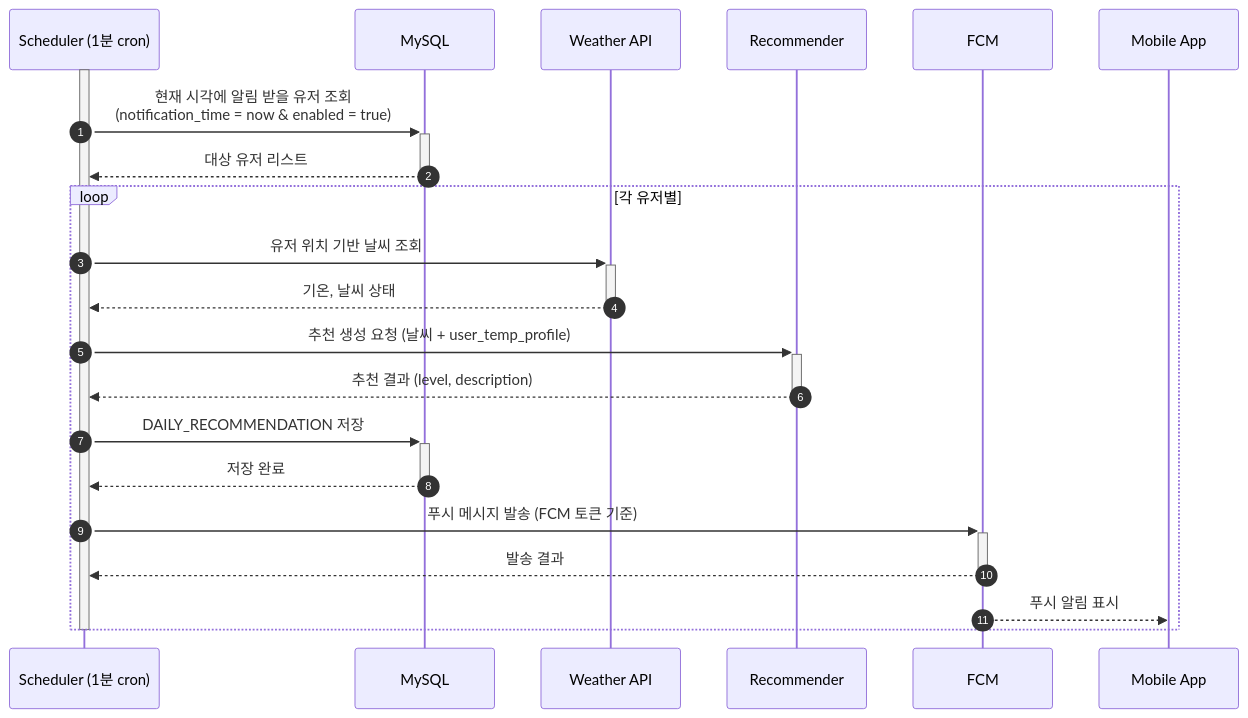
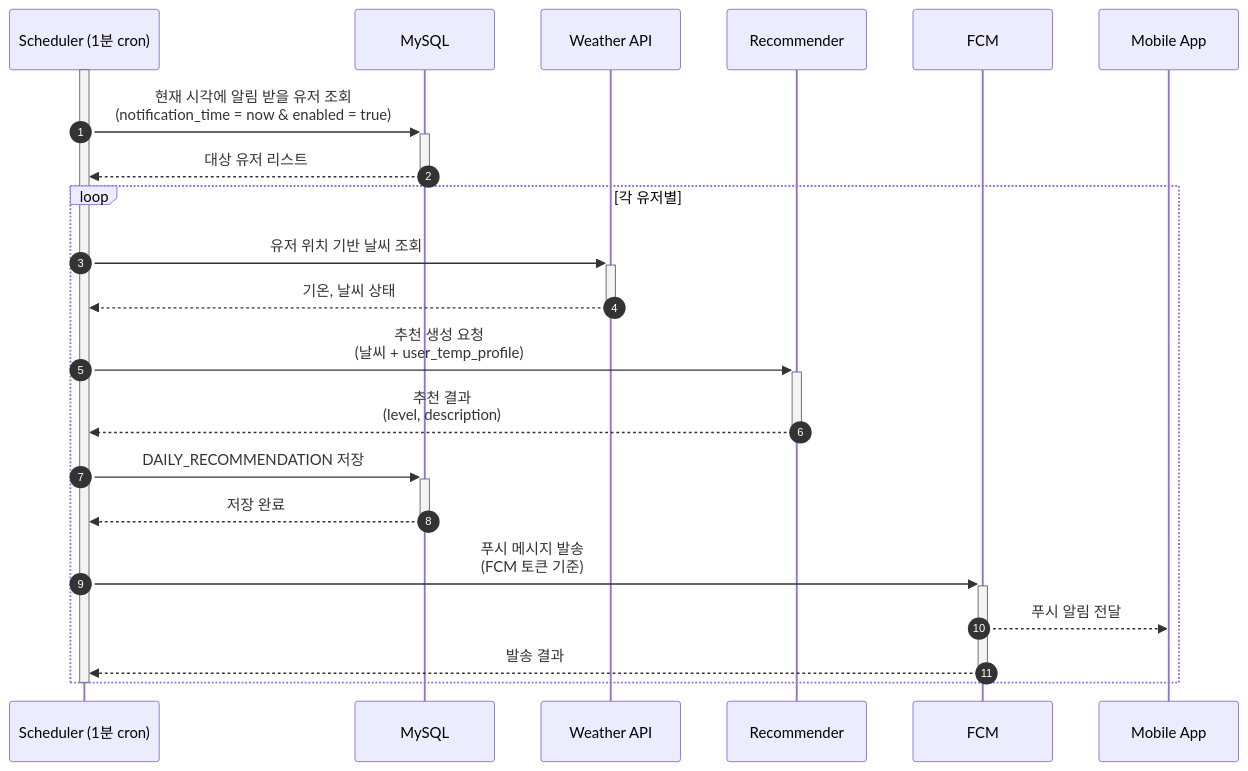
The first of 4 diagrams in docs/05-sequence-diagrams.md (najang/OMO), drawn with Mermaid before and after one commit. The commit also changed other lines of this file and 2 other files, not shown here.

````diff
--- a/docs/05-sequence-diagrams.md
+++ b/docs/05-sequence-diagrams.md
@@ -5,30 +5,31 @@
 ```mermaid
 sequenceDiagram
     autonumber
     participant CRON as Scheduler (1분 cron)
     participant DB as MySQL
     participant W as Weather API
     participant R as Recommender
     participant FCM as FCM
     participant APP as Mobile App
 
     activate CRON
     CRON->>+DB: 현재 시각에 알림 받을 유저 조회<br/>(notification_time = now & enabled = true)
     DB-->>-CRON: 대상 유저 리스트
 
     loop 각 유저별
         CRON->>+W: 유저 위치 기반 날씨 조회
         W-->>-CRON: 기온, 날씨 상태
 
-        CRON->>+R: 추천 생성 요청 (날씨 + user_temp_profile)
-        R-->>-CRON: 추천 결과 (level, description)
+        CRON->>+R: 추천 생성 요청<br/>(날씨 + user_temp_profile)
+        R-->>-CRON: 추천 결과<br/>(level, description)
 
         CRON->>+DB: DAILY_RECOMMENDATION 저장
         DB-->>-CRON: 저장 완료
 
-        CRON->>+FCM: 푸시 메시지 발송 (FCM 토큰 기준)
+        CRON->>+FCM: 푸시 메시지 발송<br/>(FCM 토큰 기준)
+        FCM-->>APP: 푸시 알림 전달
         FCM-->>-CRON: 발송 결과
-        FCM-->>APP: 푸시 알림 표시
     end
+
     deactivate CRON
 ```
````
